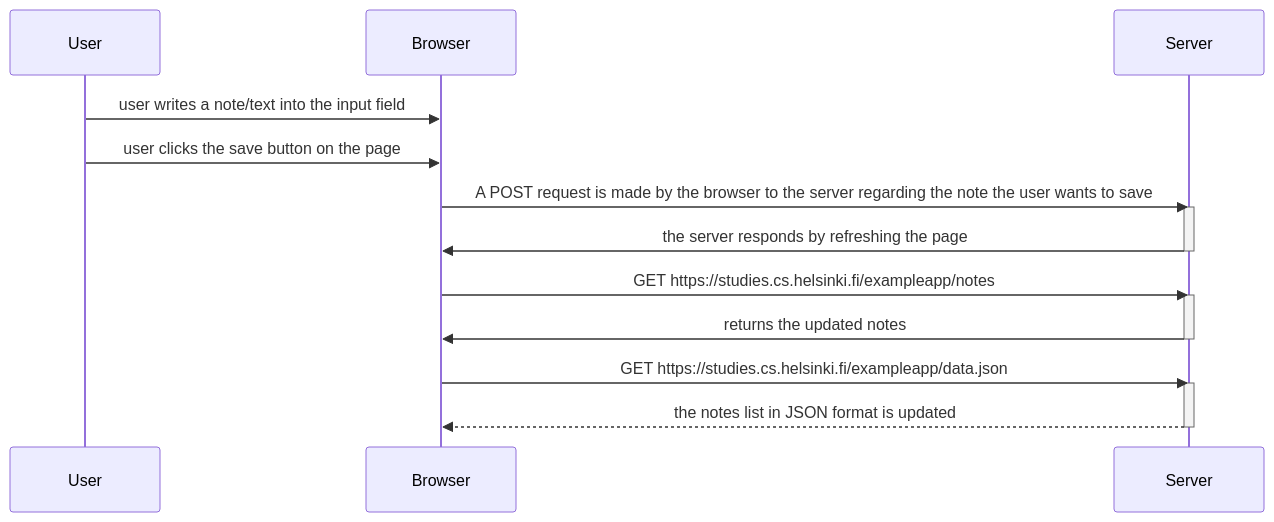
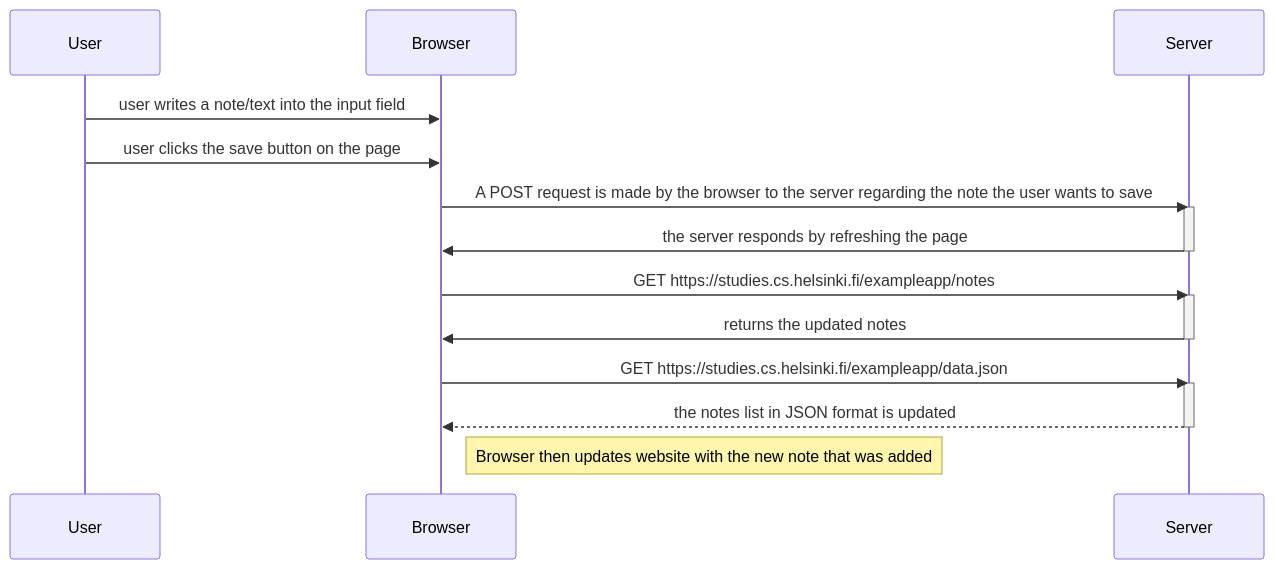
One commit to johannesvihavainen/fullstack-open-submissions changed the diagram in part0/0.4_new_note_diagram.md. Above: the diagram before and after it, drawn with Mermaid.

Commit message:
Add diagram note explaining browser update process

````diff
--- a/part0/0.4_new_note_diagram.md
+++ b/part0/0.4_new_note_diagram.md
@@ -1,25 +1,27 @@
 ```mermaid
 sequenceDiagram
 participant User
 participant Browser
 participant Server
 
 User->>Browser: user writes a note/text into the input field
 User->>Browser: user clicks the save button on the page
 
 Browser->>Server: A POST request is made by the browser to the server regarding the note the user wants to save
 activate Server
 Server->>Browser: the server responds by refreshing the page
 deactivate Server
 
 Browser->>Server: GET https://studies.cs.helsinki.fi/exampleapp/notes
 activate Server
 Server->>Browser: returns the updated notes
 deactivate Server
 
 Browser->>Server: GET https://studies.cs.helsinki.fi/exampleapp/data.json
 activate Server
 Server-->>Browser: the notes list in JSON format is updated
 deactivate Server
 
+Note right of Browser: Browser then updates website with the new note that was added
+
 ```
````
